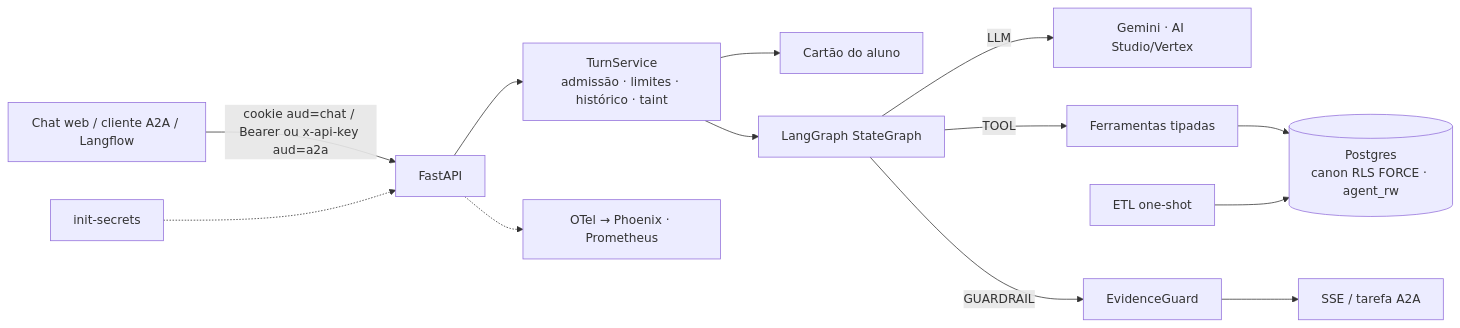
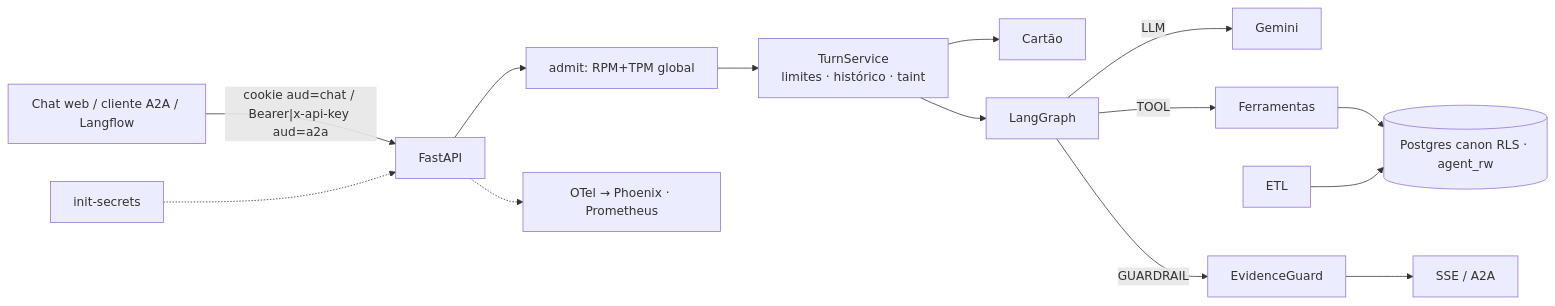
Before and after one commit to MiguelSanzBr/student-agent: the diagram in docs/superpowers/specs/2026-11-03-agente-atendimento-aluno-design.md, drawn with Mermaid. The commit also changed other lines of this file and 3 other files, not shown here.

````diff
--- a/docs/superpowers/specs/2026-11-03-agente-atendimento-aluno-design.md
+++ b/docs/superpowers/specs/2026-11-03-agente-atendimento-aluno-design.md
@@ -109,15 +122,14 @@
 ```mermaid
 flowchart LR
-  U[Chat web / cliente A2A / Langflow] -- "cookie aud=chat / Bearer ou x-api-key aud=a2a" --> API[FastAPI]
-  API --> TS[TurnService<br/>admissão · limites · histórico · taint]
-  TS --> CARD[Cartão do aluno]
-  TS --> G[LangGraph StateGraph]
-  G -->|LLM| GEM[Gemini · AI Studio/Vertex]
-  G -->|TOOL| T[Ferramentas tipadas]
-  T --> PG[(Postgres<br/>canon RLS FORCE · agent_rw)]
-  G -->|GUARDRAIL| EG[EvidenceGuard]
-  EG --> OUT[SSE / tarefa A2A]
+  U[Chat web / cliente A2A / Langflow] -- "cookie aud=chat / Bearer|x-api-key aud=a2a" --> API[FastAPI]
+  API --> ADM[admit: RPM+TPM global]
+  ADM --> TS[TurnService<br/>limites · histórico · taint]
+  TS --> CARD[Cartão]
+  TS --> G[LangGraph]
+  G -->|LLM| GEM[Gemini]
+  G -->|TOOL| T[Ferramentas] --> PG[(Postgres canon RLS · agent_rw)]
+  G -->|GUARDRAIL| EG[EvidenceGuard] --> OUT[SSE / A2A]
   API -.-> OBS[OTel → Phoenix · Prometheus]
   SEC[init-secrets] -.-> API
-  ETL[ETL one-shot] --> PG
+  ETL[ETL] --> PG
 ```
````
